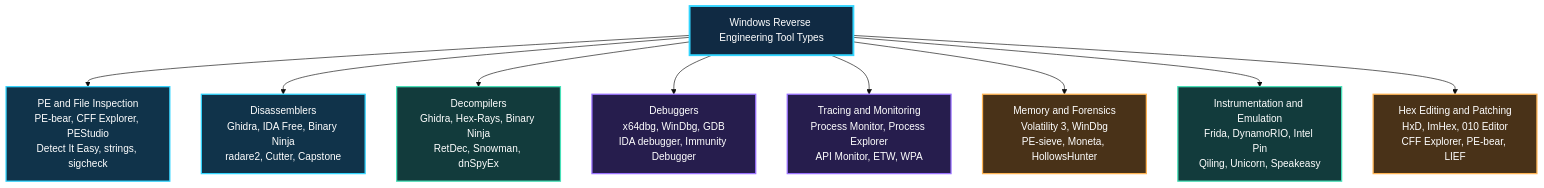
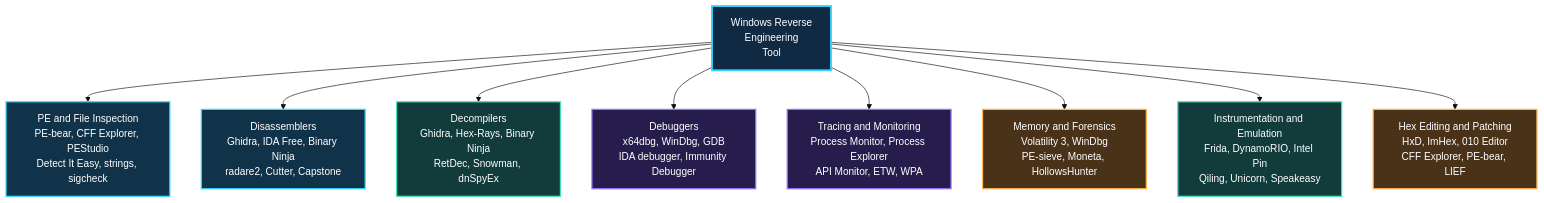
The second of 2 diagrams in README.md (cybersecurity-dev/awesome-windows-reverse-engineering), drawn with Mermaid (base theme) before and after one commit. The commit also changed other lines of this file, not shown here.

````diff
--- a/README.md
+++ b/README.md
@@ -90,25 +90,25 @@
 ```mermaid
 flowchart TB
-    ROOT["Windows Reverse Engineering Tool Types"]
+    ROOT["Windows Reverse<br/>Engineering<br/>Tool"]
 
     ROOT --> INSPECT["PE and File Inspection<br/>PE-bear, CFF Explorer, PEStudio<br/>Detect It Easy, strings, sigcheck"]
     ROOT --> DISASM["Disassemblers<br/>Ghidra, IDA Free, Binary Ninja<br/>radare2, Cutter, Capstone"]
     ROOT --> DECOMP["Decompilers<br/>Ghidra, Hex-Rays, Binary Ninja<br/>RetDec, Snowman, dnSpyEx"]
     ROOT --> DEBUG["Debuggers<br/>x64dbg, WinDbg, GDB<br/>IDA debugger, Immunity Debugger"]
     ROOT --> TRACE["Tracing and Monitoring<br/>Process Monitor, Process Explorer<br/>API Monitor, ETW, WPA"]
     ROOT --> MEMORY["Memory and Forensics<br/>Volatility 3, WinDbg<br/>PE-sieve, Moneta, HollowsHunter"]
     ROOT --> INSTR["Instrumentation and Emulation<br/>Frida, DynamoRIO, Intel Pin<br/>Qiling, Unicorn, Speakeasy"]
     ROOT --> EDIT["Hex Editing and Patching<br/>HxD, ImHex, 010 Editor<br/>CFF Explorer, PE-bear, LIEF"]
 
     classDef root fill:#102a43,stroke:#32d5ff,color:#ffffff,stroke-width:3px
     classDef blue fill:#10334a,stroke:#32d5ff,color:#ffffff,stroke-width:2px
     classDef green fill:#123b3c,stroke:#45e0b7,color:#ffffff,stroke-width:2px
     classDef purple fill:#261d4d,stroke:#9a72ff,color:#ffffff,stroke-width:2px
     classDef orange fill:#493218,stroke:#ffb454,color:#ffffff,stroke-width:2px
 
     class ROOT root
     class INSPECT,DISASM blue
     class DECOMP,INSTR green
     class DEBUG,TRACE purple
     class MEMORY,EDIT orange
 ```
````
